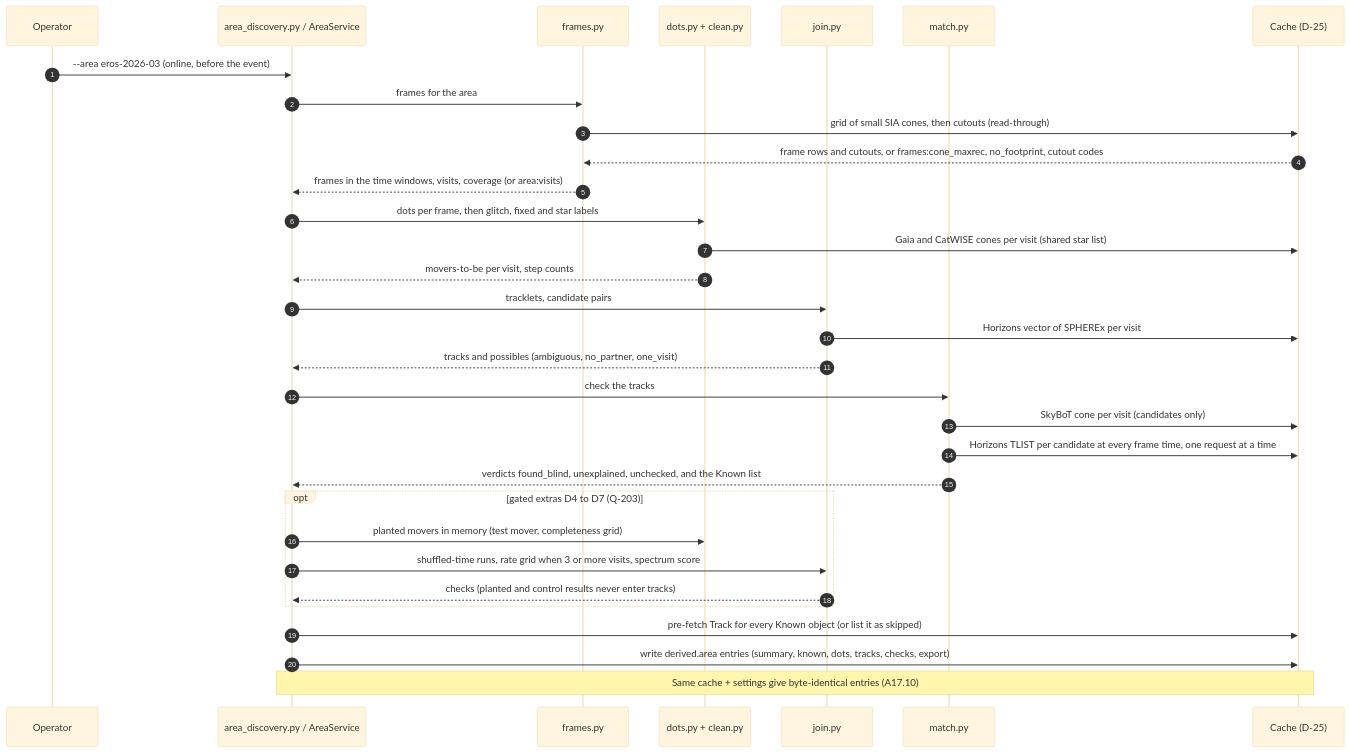
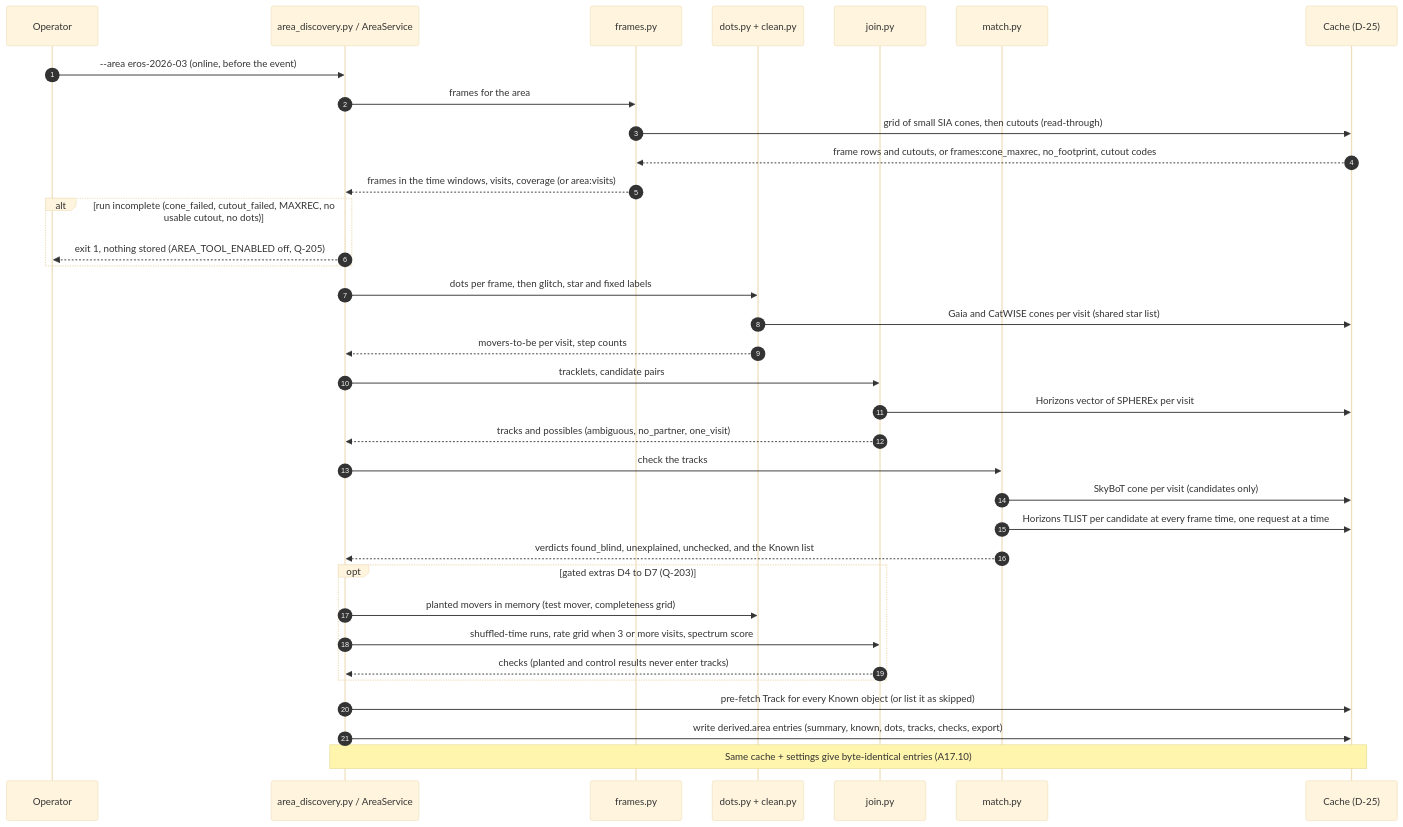
The second of 3 diagrams in docs/uml/22-area-search.md (0ffrian/SphereX), drawn with Mermaid (base theme) before and after one commit. The commit also changed other lines of this file and 8 other files, not shown here.

First line of the commit message:
Second review fixes (#97): MAXREC unstorable, cutout_failed registered, UML, release exit

````diff
--- a/docs/uml/22-area-search.md
+++ b/docs/uml/22-area-search.md
@@ -82,34 +82,37 @@
 ```mermaid
 sequenceDiagram
   autonumber
   participant Op as Operator
   participant S as area_discovery.py / AreaService
   participant F as frames.py
   participant D as dots.py + clean.py
   participant J as join.py
   participant M as match.py
   participant C as Cache (D-25)
   Op->>S: --area eros-2026-03 (online, before the event)
   S->>F: frames for the area
   F->>C: grid of small SIA cones, then cutouts (read-through)
   C-->>F: frame rows and cutouts, or frames:cone_maxrec, no_footprint, cutout codes
   F-->>S: frames in the time windows, visits, coverage (or area:visits)
-  S->>D: dots per frame, then glitch, fixed and star labels
+  alt run incomplete (cone_failed, cutout_failed, MAXREC, no usable cutout, no dots)
+    S-->>Op: exit 1, nothing stored (AREA_TOOL_ENABLED off, Q-205)
+  end
+  S->>D: dots per frame, then glitch, star and fixed labels
   D->>C: Gaia and CatWISE cones per visit (shared star list)
   D-->>S: movers-to-be per visit, step counts
   S->>J: tracklets, candidate pairs
   J->>C: Horizons vector of SPHEREx per visit
   J-->>S: tracks and possibles (ambiguous, no_partner, one_visit)
   S->>M: check the tracks
   M->>C: SkyBoT cone per visit (candidates only)
   M->>C: Horizons TLIST per candidate at every frame time, one request at a time
   M-->>S: verdicts found_blind, unexplained, unchecked, and the Known list
   opt gated extras D4 to D7 (Q-203)
     S->>D: planted movers in memory (test mover, completeness grid)
     S->>J: shuffled-time runs, rate grid when 3 or more visits, spectrum score
     J-->>S: checks (planted and control results never enter tracks)
   end
   S->>C: pre-fetch Track for every Known object (or list it as skipped)
   S->>C: write derived.area entries (summary, known, dots, tracks, checks, export)
   Note over S,C: Same cache + settings give byte-identical entries (A17.10)
 ```
````
